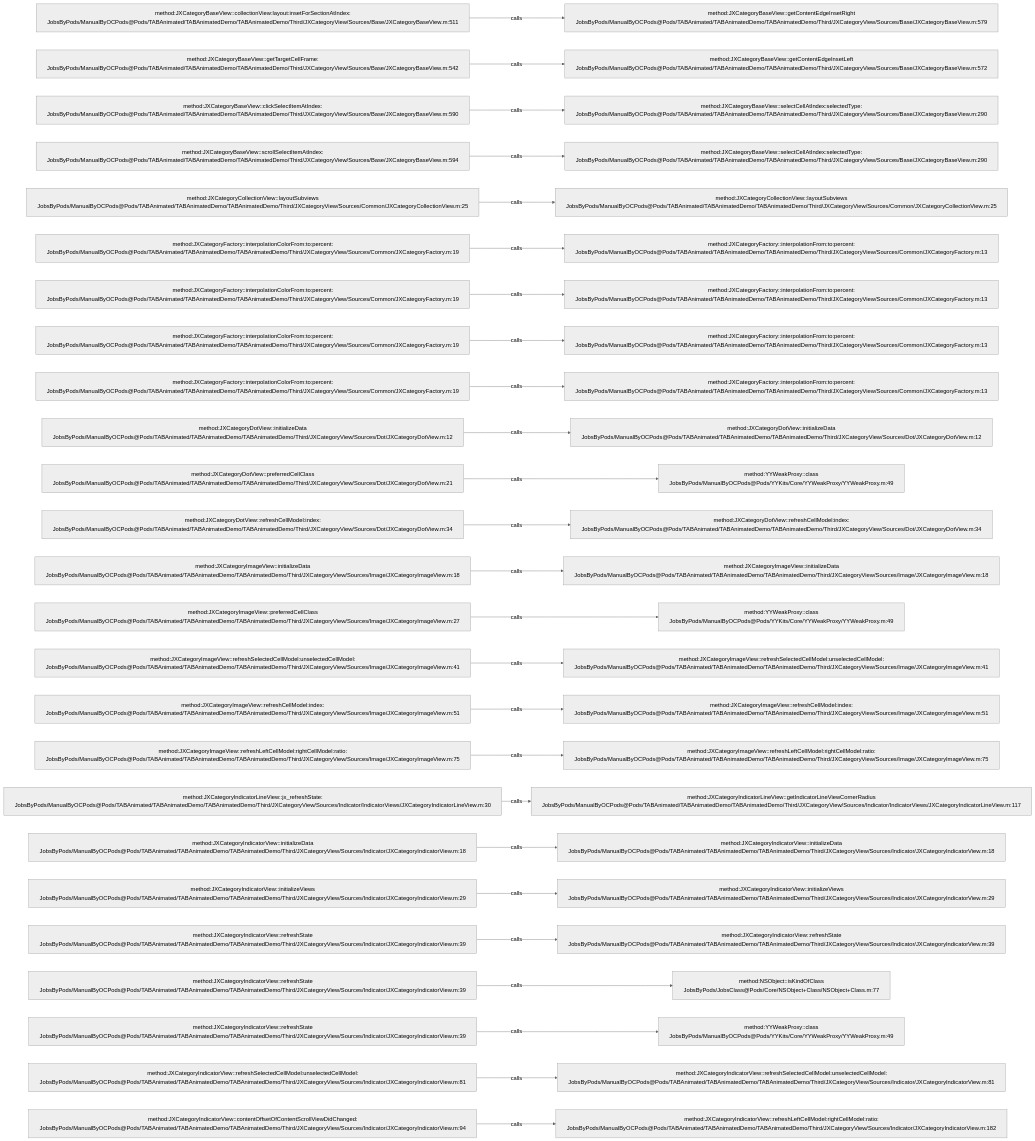
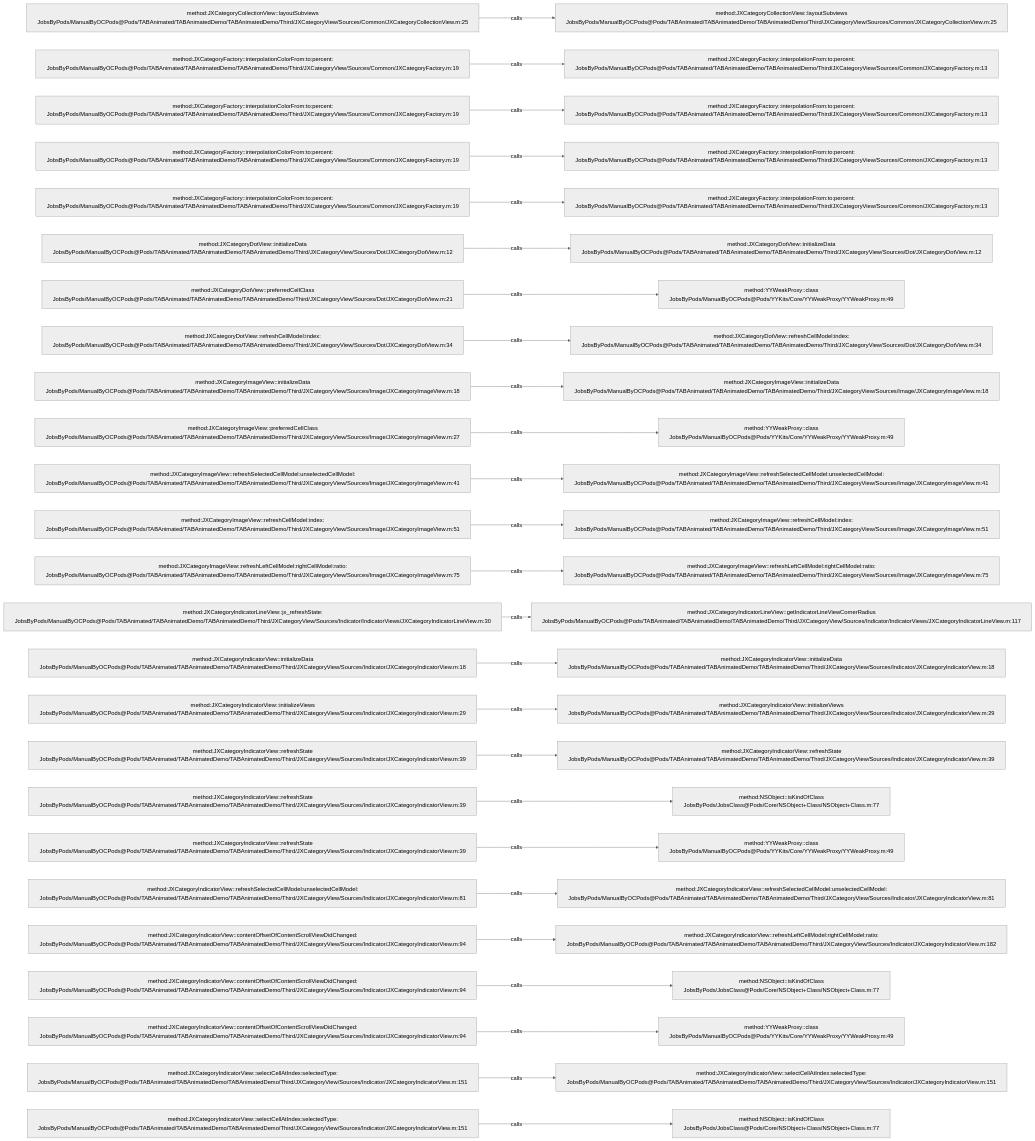
One commit to JobsKits/JobsOCBaseConfigDemo changed the diagram in .codegraph/codegraph.md/graphs/calls-040.md. Above: the diagram before and after it, drawn with Mermaid (neutral theme). The commit also changed 727 other files, not shown here.

````diff
--- a/.codegraph/codegraph.md/graphs/calls-040.md
+++ b/.codegraph/codegraph.md/graphs/calls-040.md
@@ -13,78 +13,78 @@
 ```mermaid
 flowchart LR
-  S1["method:JXCategoryBaseView::collectionView:layout:insetForSectionAtIndex:<br/>JobsByPods/ManualByOCPods@Pods/TABAnimated/TABAnimatedDemo/TABAnimatedDemo/Third/JXCategoryView/Sources/Base/JXCategoryBaseView.m:511"]
-  T1["method:JXCategoryBaseView::getContentEdgeInsetRight<br/>JobsByPods/ManualByOCPods@Pods/TABAnimated/TABAnimatedDemo/TABAnimatedDemo/Third/JXCategoryView/Sources/Base/JXCategoryBaseView.m:579"]
+  S1["method:JXCategoryCollectionView::layoutSubviews<br/>JobsByPods/ManualByOCPods@Pods/TABAnimated/TABAnimatedDemo/TABAnimatedDemo/Third/JXCategoryView/Sources/Common/JXCategoryCollectionView.m:25"]
+  T1["method:JXCategoryCollectionView::layoutSubviews<br/>JobsByPods/ManualByOCPods@Pods/TABAnimated/TABAnimatedDemo/TABAnimatedDemo/Third/JXCategoryView/Sources/Common/JXCategoryCollectionView.m:25"]
   S1 -->|calls| T1
-  S2["method:JXCategoryBaseView::getTargetCellFrame:<br/>JobsByPods/ManualByOCPods@Pods/TABAnimated/TABAnimatedDemo/TABAnimatedDemo/Third/JXCategoryView/Sources/Base/JXCategoryBaseView.m:542"]
-  T2["method:JXCategoryBaseView::getContentEdgeInsetLeft<br/>JobsByPods/ManualByOCPods@Pods/TABAnimated/TABAnimatedDemo/TABAnimatedDemo/Third/JXCategoryView/Sources/Base/JXCategoryBaseView.m:572"]
+  S2["method:JXCategoryFactory::interpolationColorFrom:to:percent:<br/>JobsByPods/ManualByOCPods@Pods/TABAnimated/TABAnimatedDemo/TABAnimatedDemo/Third/JXCategoryView/Sources/Common/JXCategoryFactory.m:19"]
+  T2["method:JXCategoryFactory::interpolationFrom:to:percent:<br/>JobsByPods/ManualByOCPods@Pods/TABAnimated/TABAnimatedDemo/TABAnimatedDemo/Third/JXCategoryView/Sources/Common/JXCategoryFactory.m:13"]
   S2 -->|calls| T2
-  S3["method:JXCategoryBaseView::clickSelectItemAtIndex:<br/>JobsByPods/ManualByOCPods@Pods/TABAnimated/TABAnimatedDemo/TABAnimatedDemo/Third/JXCategoryView/Sources/Base/JXCategoryBaseView.m:590"]
-  T3["method:JXCategoryBaseView::selectCellAtIndex:selectedType:<br/>JobsByPods/ManualByOCPods@Pods/TABAnimated/TABAnimatedDemo/TABAnimatedDemo/Third/JXCategoryView/Sources/Base/JXCategoryBaseView.m:290"]
+  S3["method:JXCategoryFactory::interpolationColorFrom:to:percent:<br/>JobsByPods/ManualByOCPods@Pods/TABAnimated/TABAnimatedDemo/TABAnimatedDemo/Third/JXCategoryView/Sources/Common/JXCategoryFactory.m:19"]
+  T3["method:JXCategoryFactory::interpolationFrom:to:percent:<br/>JobsByPods/ManualByOCPods@Pods/TABAnimated/TABAnimatedDemo/TABAnimatedDemo/Third/JXCategoryView/Sources/Common/JXCategoryFactory.m:13"]
   S3 -->|calls| T3
-  S4["method:JXCategoryBaseView::scrollSelectItemAtIndex:<br/>JobsByPods/ManualByOCPods@Pods/TABAnimated/TABAnimatedDemo/TABAnimatedDemo/Third/JXCategoryView/Sources/Base/JXCategoryBaseView.m:594"]
-  T4["method:JXCategoryBaseView::selectCellAtIndex:selectedType:<br/>JobsByPods/ManualByOCPods@Pods/TABAnimated/TABAnimatedDemo/TABAnimatedDemo/Third/JXCategoryView/Sources/Base/JXCategoryBaseView.m:290"]
+  S4["method:JXCategoryFactory::interpolationColorFrom:to:percent:<br/>JobsByPods/ManualByOCPods@Pods/TABAnimated/TABAnimatedDemo/TABAnimatedDemo/Third/JXCategoryView/Sources/Common/JXCategoryFactory.m:19"]
+  T4["method:JXCategoryFactory::interpolationFrom:to:percent:<br/>JobsByPods/ManualByOCPods@Pods/TABAnimated/TABAnimatedDemo/TABAnimatedDemo/Third/JXCategoryView/Sources/Common/JXCategoryFactory.m:13"]
   S4 -->|calls| T4
-  S5["method:JXCategoryCollectionView::layoutSubviews<br/>JobsByPods/ManualByOCPods@Pods/TABAnimated/TABAnimatedDemo/TABAnimatedDemo/Third/JXCategoryView/Sources/Common/JXCategoryCollectionView.m:25"]
-  T5["method:JXCategoryCollectionView::layoutSubviews<br/>JobsByPods/ManualByOCPods@Pods/TABAnimated/TABAnimatedDemo/TABAnimatedDemo/Third/JXCategoryView/Sources/Common/JXCategoryCollectionView.m:25"]
+  S5["method:JXCategoryFactory::interpolationColorFrom:to:percent:<br/>JobsByPods/ManualByOCPods@Pods/TABAnimated/TABAnimatedDemo/TABAnimatedDemo/Third/JXCategoryView/Sources/Common/JXCategoryFactory.m:19"]
+  T5["method:JXCategoryFactory::interpolationFrom:to:percent:<br/>JobsByPods/ManualByOCPods@Pods/TABAnimated/TABAnimatedDemo/TABAnimatedDemo/Third/JXCategoryView/Sources/Common/JXCategoryFactory.m:13"]
   S5 -->|calls| T5
-  S6["method:JXCategoryFactory::interpolationColorFrom:to:percent:<br/>JobsByPods/ManualByOCPods@Pods/TABAnimated/TABAnimatedDemo/TABAnimatedDemo/Third/JXCategoryView/Sources/Common/JXCategoryFactory.m:19"]
-  T6["method:JXCategoryFactory::interpolationFrom:to:percent:<br/>JobsByPods/ManualByOCPods@Pods/TABAnimated/TABAnimatedDemo/TABAnimatedDemo/Third/JXCategoryView/Sources/Common/JXCategoryFactory.m:13"]
+  S6["method:JXCategoryDotView::initializeData<br/>JobsByPods/ManualByOCPods@Pods/TABAnimated/TABAnimatedDemo/TABAnimatedDemo/Third/JXCategoryView/Sources/Dot/JXCategoryDotView.m:12"]
+  T6["method:JXCategoryDotView::initializeData<br/>JobsByPods/ManualByOCPods@Pods/TABAnimated/TABAnimatedDemo/TABAnimatedDemo/Third/JXCategoryView/Sources/Dot/JXCategoryDotView.m:12"]
   S6 -->|calls| T6
-  S7["method:JXCategoryFactory::interpolationColorFrom:to:percent:<br/>JobsByPods/ManualByOCPods@Pods/TABAnimated/TABAnimatedDemo/TABAnimatedDemo/Third/JXCategoryView/Sources/Common/JXCategoryFactory.m:19"]
-  T7["method:JXCategoryFactory::interpolationFrom:to:percent:<br/>JobsByPods/ManualByOCPods@Pods/TABAnimated/TABAnimatedDemo/TABAnimatedDemo/Third/JXCategoryView/Sources/Common/JXCategoryFactory.m:13"]
+  S7["method:JXCategoryDotView::preferredCellClass<br/>JobsByPods/ManualByOCPods@Pods/TABAnimated/TABAnimatedDemo/TABAnimatedDemo/Third/JXCategoryView/Sources/Dot/JXCategoryDotView.m:21"]
+  T7["method:YYWeakProxy::class<br/>JobsByPods/ManualByOCPods@Pods/YYKits/Core/YYWeakProxy/YYWeakProxy.m:49"]
   S7 -->|calls| T7
-  S8["method:JXCategoryFactory::interpolationColorFrom:to:percent:<br/>JobsByPods/ManualByOCPods@Pods/TABAnimated/TABAnimatedDemo/TABAnimatedDemo/Third/JXCategoryView/Sources/Common/JXCategoryFactory.m:19"]
-  T8["method:JXCategoryFactory::interpolationFrom:to:percent:<br/>JobsByPods/ManualByOCPods@Pods/TABAnimated/TABAnimatedDemo/TABAnimatedDemo/Third/JXCategoryView/Sources/Common/JXCategoryFactory.m:13"]
+  S8["method:JXCategoryDotView::refreshCellModel:index:<br/>JobsByPods/ManualByOCPods@Pods/TABAnimated/TABAnimatedDemo/TABAnimatedDemo/Third/JXCategoryView/Sources/Dot/JXCategoryDotView.m:34"]
+  T8["method:JXCategoryDotView::refreshCellModel:index:<br/>JobsByPods/ManualByOCPods@Pods/TABAnimated/TABAnimatedDemo/TABAnimatedDemo/Third/JXCategoryView/Sources/Dot/JXCategoryDotView.m:34"]
   S8 -->|calls| T8
-  S9["method:JXCategoryFactory::interpolationColorFrom:to:percent:<br/>JobsByPods/ManualByOCPods@Pods/TABAnimated/TABAnimatedDemo/TABAnimatedDemo/Third/JXCategoryView/Sources/Common/JXCategoryFactory.m:19"]
-  T9["method:JXCategoryFactory::interpolationFrom:to:percent:<br/>JobsByPods/ManualByOCPods@Pods/TABAnimated/TABAnimatedDemo/TABAnimatedDemo/Third/JXCategoryView/Sources/Common/JXCategoryFactory.m:13"]
+  S9["method:JXCategoryImageView::initializeData<br/>JobsByPods/ManualByOCPods@Pods/TABAnimated/TABAnimatedDemo/TABAnimatedDemo/Third/JXCategoryView/Sources/Image/JXCategoryImageView.m:18"]
+  T9["method:JXCategoryImageView::initializeData<br/>JobsByPods/ManualByOCPods@Pods/TABAnimated/TABAnimatedDemo/TABAnimatedDemo/Third/JXCategoryView/Sources/Image/JXCategoryImageView.m:18"]
   S9 -->|calls| T9
-  S10["method:JXCategoryDotView::initializeData<br/>JobsByPods/ManualByOCPods@Pods/TABAnimated/TABAnimatedDemo/TABAnimatedDemo/Third/JXCategoryView/Sources/Dot/JXCategoryDotView.m:12"]
-  T10["method:JXCategoryDotView::initializeData<br/>JobsByPods/ManualByOCPods@Pods/TABAnimated/TABAnimatedDemo/TABAnimatedDemo/Third/JXCategoryView/Sources/Dot/JXCategoryDotView.m:12"]
+  S10["method:JXCategoryImageView::preferredCellClass<br/>JobsByPods/ManualByOCPods@Pods/TABAnimated/TABAnimatedDemo/TABAnimatedDemo/Third/JXCategoryView/Sources/Image/JXCategoryImageView.m:27"]
+  T10["method:YYWeakProxy::class<br/>JobsByPods/ManualByOCPods@Pods/YYKits/Core/YYWeakProxy/YYWeakProxy.m:49"]
   S10 -->|calls| T10
-  S11["method:JXCategoryDotView::preferredCellClass<br/>JobsByPods/ManualByOCPods@Pods/TABAnimated/TABAnimatedDemo/TABAnimatedDemo/Third/JXCategoryView/Sources/Dot/JXCategoryDotView.m:21"]
-  T11["method:YYWeakProxy::class<br/>JobsByPods/ManualByOCPods@Pods/YYKits/Core/YYWeakProxy/YYWeakProxy.m:49"]
+  S11["method:JXCategoryImageView::refreshSelectedCellModel:unselectedCellModel:<br/>JobsByPods/ManualByOCPods@Pods/TABAnimated/TABAnimatedDemo/TABAnimatedDemo/Third/JXCategoryView/Sources/Image/JXCategoryImageView.m:41"]
+  T11["method:JXCategoryImageView::refreshSelectedCellModel:unselectedCellModel:<br/>JobsByPods/ManualByOCPods@Pods/TABAnimated/TABAnimatedDemo/TABAnimatedDemo/Third/JXCategoryView/Sources/Image/JXCategoryImageView.m:41"]
   S11 -->|calls| T11
-  S12["method:JXCategoryDotView::refreshCellModel:index:<br/>JobsByPods/ManualByOCPods@Pods/TABAnimated/TABAnimatedDemo/TABAnimatedDemo/Third/JXCategoryView/Sources/Dot/JXCategoryDotView.m:34"]
-  T12["method:JXCategoryDotView::refreshCellModel:index:<br/>JobsByPods/ManualByOCPods@Pods/TABAnimated/TABAnimatedDemo/TABAnimatedDemo/Third/JXCategoryView/Sources/Dot/JXCategoryDotView.m:34"]
+  S12["method:JXCategoryImageView::refreshCellModel:index:<br/>JobsByPods/ManualByOCPods@Pods/TABAnimated/TABAnimatedDemo/TABAnimatedDemo/Third/JXCategoryView/Sources/Image/JXCategoryImageView.m:51"]
+  T12["method:JXCategoryImageView::refreshCellModel:index:<br/>JobsByPods/ManualByOCPods@Pods/TABAnimated/TABAnimatedDemo/TABAnimatedDemo/Third/JXCategoryView/Sources/Image/JXCategoryImageView.m:51"]
   S12 -->|calls| T12
-  S13["method:JXCategoryImageView::initializeData<br/>JobsByPods/ManualByOCPods@Pods/TABAnimated/TABAnimatedDemo/TABAnimatedDemo/Third/JXCategoryView/Sources/Image/JXCategoryImageView.m:18"]
-  T13["method:JXCategoryImageView::initializeData<br/>JobsByPods/ManualByOCPods@Pods/TABAnimated/TABAnimatedDemo/TABAnimatedDemo/Third/JXCategoryView/Sources/Image/JXCategoryImageView.m:18"]
+  S13["method:JXCategoryImageView::refreshLeftCellModel:rightCellModel:ratio:<br/>JobsByPods/ManualByOCPods@Pods/TABAnimated/TABAnimatedDemo/TABAnimatedDemo/Third/JXCategoryView/Sources/Image/JXCategoryImageView.m:75"]
+  T13["method:JXCategoryImageView::refreshLeftCellModel:rightCellModel:ratio:<br/>JobsByPods/ManualByOCPods@Pods/TABAnimated/TABAnimatedDemo/TABAnimatedDemo/Third/JXCategoryView/Sources/Image/JXCategoryImageView.m:75"]
   S13 -->|calls| T13
-  S14["method:JXCategoryImageView::preferredCellClass<br/>JobsByPods/ManualByOCPods@Pods/TABAnimated/TABAnimatedDemo/TABAnimatedDemo/Third/JXCategoryView/Sources/Image/JXCategoryImageView.m:27"]
-  T14["method:YYWeakProxy::class<br/>JobsByPods/ManualByOCPods@Pods/YYKits/Core/YYWeakProxy/YYWeakProxy.m:49"]
+  S14["method:JXCategoryIndicatorLineView::jx_refreshState:<br/>JobsByPods/ManualByOCPods@Pods/TABAnimated/TABAnimatedDemo/TABAnimatedDemo/Third/JXCategoryView/Sources/Indicator/IndicatorViews/JXCategoryIndicatorLineView.m:30"]
+  T14["method:JXCategoryIndicatorLineView::getIndicatorLineViewCornerRadius<br/>JobsByPods/ManualByOCPods@Pods/TABAnimated/TABAnimatedDemo/TABAnimatedDemo/Third/JXCategoryView/Sources/Indicator/IndicatorViews/JXCategoryIndicatorLineView.m:117"]
   S14 -->|calls| T14
-  S15["method:JXCategoryImageView::refreshSelectedCellModel:unselectedCellModel:<br/>JobsByPods/ManualByOCPods@Pods/TABAnimated/TABAnimatedDemo/TABAnimatedDemo/Third/JXCategoryView/Sources/Image/JXCategoryImageView.m:41"]
-  T15["method:JXCategoryImageView::refreshSelectedCellModel:unselectedCellModel:<br/>JobsByPods/ManualByOCPods@Pods/TABAnimated/TABAnimatedDemo/TABAnimatedDemo/Third/JXCategoryView/Sources/Image/JXCategoryImageView.m:41"]
+  S15["method:JXCategoryIndicatorView::initializeData<br/>JobsByPods/ManualByOCPods@Pods/TABAnimated/TABAnimatedDemo/TABAnimatedDemo/Third/JXCategoryView/Sources/Indicator/JXCategoryIndicatorView.m:18"]
+  T15["method:JXCategoryIndicatorView::initializeData<br/>JobsByPods/ManualByOCPods@Pods/TABAnimated/TABAnimatedDemo/TABAnimatedDemo/Third/JXCategoryView/Sources/Indicator/JXCategoryIndicatorView.m:18"]
   S15 -->|calls| T15
-  S16["method:JXCategoryImageView::refreshCellModel:index:<br/>JobsByPods/ManualByOCPods@Pods/TABAnimated/TABAnimatedDemo/TABAnimatedDemo/Third/JXCategoryView/Sources/Image/JXCategoryImageView.m:51"]
-  T16["method:JXCategoryImageView::refreshCellModel:index:<br/>JobsByPods/ManualByOCPods@Pods/TABAnimated/TABAnimatedDemo/TABAnimatedDemo/Third/JXCategoryView/Sources/Image/JXCategoryImageView.m:51"]
+  S16["method:JXCategoryIndicatorView::initializeViews<br/>JobsByPods/ManualByOCPods@Pods/TABAnimated/TABAnimatedDemo/TABAnimatedDemo/Third/JXCategoryView/Sources/Indicator/JXCategoryIndicatorView.m:29"]
+  T16["method:JXCategoryIndicatorView::initializeViews<br/>JobsByPods/ManualByOCPods@Pods/TABAnimated/TABAnimatedDemo/TABAnimatedDemo/Third/JXCategoryView/Sources/Indicator/JXCategoryIndicatorView.m:29"]
   S16 -->|calls| T16
-  S17["method:JXCategoryImageView::refreshLeftCellModel:rightCellModel:ratio:<br/>JobsByPods/ManualByOCPods@Pods/TABAnimated/TABAnimatedDemo/TABAnimatedDemo/Third/JXCategoryView/Sources/Image/JXCategoryImageView.m:75"]
-  T17["method:JXCategoryImageView::refreshLeftCellModel:rightCellModel:ratio:<br/>JobsByPods/ManualByOCPods@Pods/TABAnimated/TABAnimatedDemo/TABAnimatedDemo/Third/JXCategoryView/Sources/Image/JXCategoryImageView.m:75"]
+  S17["method:JXCategoryIndicatorView::refreshState<br/>JobsByPods/ManualByOCPods@Pods/TABAnimated/TABAnimatedDemo/TABAnimatedDemo/Third/JXCategoryView/Sources/Indicator/JXCategoryIndicatorView.m:39"]
+  T17["method:JXCategoryIndicatorView::refreshState<br/>JobsByPods/ManualByOCPods@Pods/TABAnimated/TABAnimatedDemo/TABAnimatedDemo/Third/JXCategoryView/Sources/Indicator/JXCategoryIndicatorView.m:39"]
   S17 -->|calls| T17
-  S18["method:JXCategoryIndicatorLineView::jx_refreshState:<br/>JobsByPods/ManualByOCPods@Pods/TABAnimated/TABAnimatedDemo/TABAnimatedDemo/Third/JXCategoryView/Sources/Indicator/IndicatorViews/JXCategoryIndicatorLineView.m:30"]
-  T18["method:JXCategoryIndicatorLineView::getIndicatorLineViewCornerRadius<br/>JobsByPods/ManualByOCPods@Pods/TABAnimated/TABAnimatedDemo/TABAnimatedDemo/Third/JXCategoryView/Sources/Indicator/IndicatorViews/JXCategoryIndicatorLineView.m:117"]
+  S18["method:JXCategoryIndicatorView::refreshState<br/>JobsByPods/ManualByOCPods@Pods/TABAnimated/TABAnimatedDemo/TABAnimatedDemo/Third/JXCategoryView/Sources/Indicator/JXCategoryIndicatorView.m:39"]
+  T18["method:NSObject::isKindOfClass<br/>JobsByPods/JobsClass@Pods/Core/NSObject+Class/NSObject+Class.m:77"]
   S18 -->|calls| T18
-  S19["method:JXCategoryIndicatorView::initializeData<br/>JobsByPods/ManualByOCPods@Pods/TABAnimated/TABAnimatedDemo/TABAnimatedDemo/Third/JXCategoryView/Sources/Indicator/JXCategoryIndicatorView.m:18"]
-  T19["method:JXCategoryIndicatorView::initializeData<br/>JobsByPods/ManualByOCPods@Pods/TABAnimated/TABAnimatedDemo/TABAnimatedDemo/Third/JXCategoryView/Sources/Indicator/JXCategoryIndicatorView.m:18"]
+  S19["method:JXCategoryIndicatorView::refreshState<br/>JobsByPods/ManualByOCPods@Pods/TABAnimated/TABAnimatedDemo/TABAnimatedDemo/Third/JXCategoryView/Sources/Indicator/JXCategoryIndicatorView.m:39"]
+  T19["method:YYWeakProxy::class<br/>JobsByPods/ManualByOCPods@Pods/YYKits/Core/YYWeakProxy/YYWeakProxy.m:49"]
   S19 -->|calls| T19
-  S20["method:JXCategoryIndicatorView::initializeViews<br/>JobsByPods/ManualByOCPods@Pods/TABAnimated/TABAnimatedDemo/TABAnimatedDemo/Third/JXCategoryView/Sources/Indicator/JXCategoryIndicatorView.m:29"]
-  T20["method:JXCategoryIndicatorView::initializeViews<br/>JobsByPods/ManualByOCPods@Pods/TABAnimated/TABAnimatedDemo/TABAnimatedDemo/Third/JXCategoryView/Sources/Indicator/JXCategoryIndicatorView.m:29"]
+  S20["method:JXCategoryIndicatorView::refreshSelectedCellModel:unselectedCellModel:<br/>JobsByPods/ManualByOCPods@Pods/TABAnimated/TABAnimatedDemo/TABAnimatedDemo/Third/JXCategoryView/Sources/Indicator/JXCategoryIndicatorView.m:81"]
+  T20["method:JXCategoryIndicatorView::refreshSelectedCellModel:unselectedCellModel:<br/>JobsByPods/ManualByOCPods@Pods/TABAnimated/TABAnimatedDemo/TABAnimatedDemo/Third/JXCategoryView/Sources/Indicator/JXCategoryIndicatorView.m:81"]
   S20 -->|calls| T20
-  S21["method:JXCategoryIndicatorView::refreshState<br/>JobsByPods/ManualByOCPods@Pods/TABAnimated/TABAnimatedDemo/TABAnimatedDemo/Third/JXCategoryView/Sources/Indicator/JXCategoryIndicatorView.m:39"]
-  T21["method:JXCategoryIndicatorView::refreshState<br/>JobsByPods/ManualByOCPods@Pods/TABAnimated/TABAnimatedDemo/TABAnimatedDemo/Third/JXCategoryView/Sources/Indicator/JXCategoryIndicatorView.m:39"]
+  S21["method:JXCategoryIndicatorView::contentOffsetOfContentScrollViewDidChanged:<br/>JobsByPods/ManualByOCPods@Pods/TABAnimated/TABAnimatedDemo/TABAnimatedDemo/Third/JXCategoryView/Sources/Indicator/JXCategoryIndicatorView.m:94"]
+  T21["method:JXCategoryIndicatorView::refreshLeftCellModel:rightCellModel:ratio:<br/>JobsByPods/ManualByOCPods@Pods/TABAnimated/TABAnimatedDemo/TABAnimatedDemo/Third/JXCategoryView/Sources/Indicator/JXCategoryIndicatorView.m:182"]
   S21 -->|calls| T21
-  S22["method:JXCategoryIndicatorView::refreshState<br/>JobsByPods/ManualByOCPods@Pods/TABAnimated/TABAnimatedDemo/TABAnimatedDemo/Third/JXCategoryView/Sources/Indicator/JXCategoryIndicatorView.m:39"]
+  S22["method:JXCategoryIndicatorView::contentOffsetOfContentScrollViewDidChanged:<br/>JobsByPods/ManualByOCPods@Pods/TABAnimated/TABAnimatedDemo/TABAnimatedDemo/Third/JXCategoryView/Sources/Indicator/JXCategoryIndicatorView.m:94"]
   T22["method:NSObject::isKindOfClass<br/>JobsByPods/JobsClass@Pods/Core/NSObject+Class/NSObject+Class.m:77"]
   S22 -->|calls| T22
-  S23["method:JXCategoryIndicatorView::refreshState<br/>JobsByPods/ManualByOCPods@Pods/TABAnimated/TABAnimatedDemo/TABAnimatedDemo/Third/JXCategoryView/Sources/Indicator/JXCategoryIndicatorView.m:39"]
+  S23["method:JXCategoryIndicatorView::contentOffsetOfContentScrollViewDidChanged:<br/>JobsByPods/ManualByOCPods@Pods/TABAnimated/TABAnimatedDemo/TABAnimatedDemo/Third/JXCategoryView/Sources/Indicator/JXCategoryIndicatorView.m:94"]
   T23["method:YYWeakProxy::class<br/>JobsByPods/ManualByOCPods@Pods/YYKits/Core/YYWeakProxy/YYWeakProxy.m:49"]
   S23 -->|calls| T23
-  S24["method:JXCategoryIndicatorView::refreshSelectedCellModel:unselectedCellModel:<br/>JobsByPods/ManualByOCPods@Pods/TABAnimated/TABAnimatedDemo/TABAnimatedDemo/Third/JXCategoryView/Sources/Indicator/JXCategoryIndicatorView.m:81"]
-  T24["method:JXCategoryIndicatorView::refreshSelectedCellModel:unselectedCellModel:<br/>JobsByPods/ManualByOCPods@Pods/TABAnimated/TABAnimatedDemo/TABAnimatedDemo/Third/JXCategoryView/Sources/Indicator/JXCategoryIndicatorView.m:81"]
+  S24["method:JXCategoryIndicatorView::selectCellAtIndex:selectedType:<br/>JobsByPods/ManualByOCPods@Pods/TABAnimated/TABAnimatedDemo/TABAnimatedDemo/Third/JXCategoryView/Sources/Indicator/JXCategoryIndicatorView.m:151"]
+  T24["method:JXCategoryIndicatorView::selectCellAtIndex:selectedType:<br/>JobsByPods/ManualByOCPods@Pods/TABAnimated/TABAnimatedDemo/TABAnimatedDemo/Third/JXCategoryView/Sources/Indicator/JXCategoryIndicatorView.m:151"]
   S24 -->|calls| T24
-  S25["method:JXCategoryIndicatorView::contentOffsetOfContentScrollViewDidChanged:<br/>JobsByPods/ManualByOCPods@Pods/TABAnimated/TABAnimatedDemo/TABAnimatedDemo/Third/JXCategoryView/Sources/Indicator/JXCategoryIndicatorView.m:94"]
-  T25["method:JXCategoryIndicatorView::refreshLeftCellModel:rightCellModel:ratio:<br/>JobsByPods/ManualByOCPods@Pods/TABAnimated/TABAnimatedDemo/TABAnimatedDemo/Third/JXCategoryView/Sources/Indicator/JXCategoryIndicatorView.m:182"]
+  S25["method:JXCategoryIndicatorView::selectCellAtIndex:selectedType:<br/>JobsByPods/ManualByOCPods@Pods/TABAnimated/TABAnimatedDemo/TABAnimatedDemo/Third/JXCategoryView/Sources/Indicator/JXCategoryIndicatorView.m:151"]
+  T25["method:NSObject::isKindOfClass<br/>JobsByPods/JobsClass@Pods/Core/NSObject+Class/NSObject+Class.m:77"]
   S25 -->|calls| T25
 ```
````
